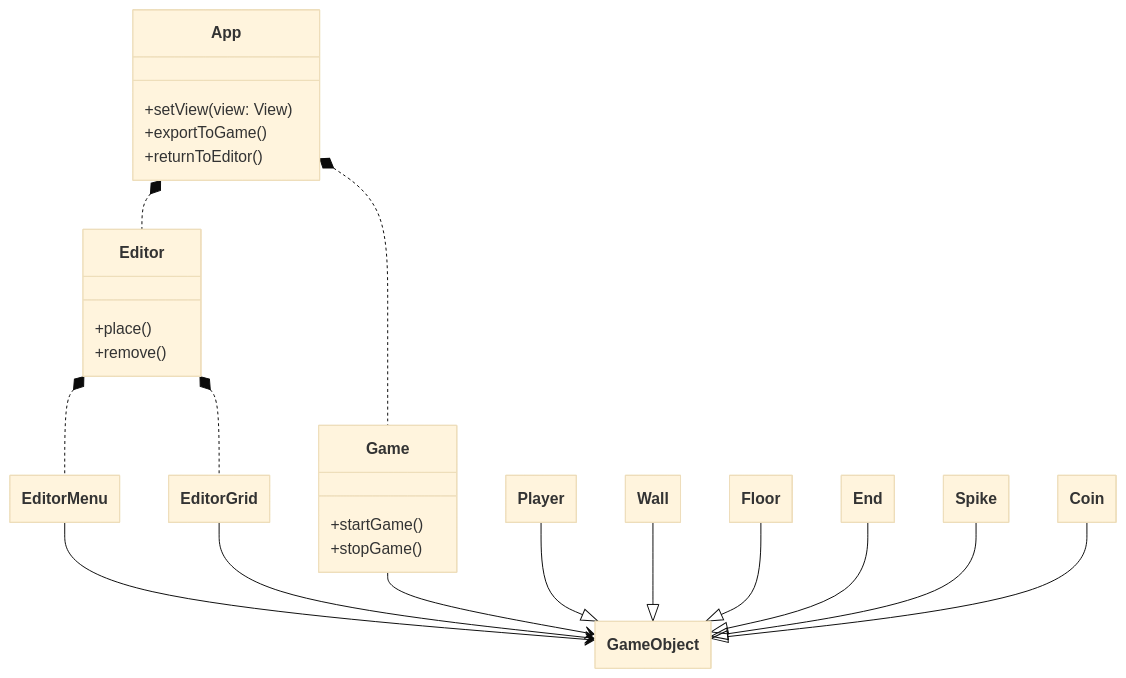
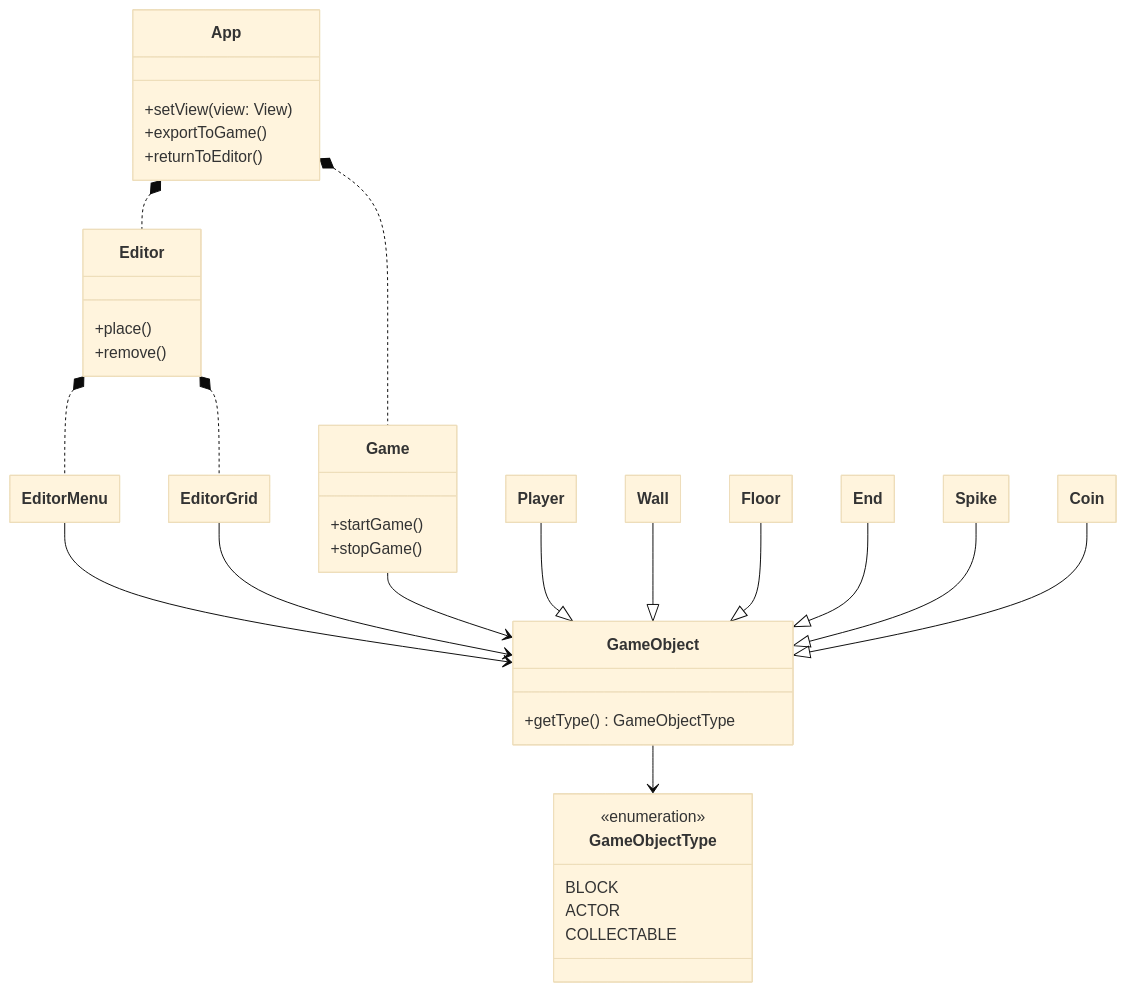
One commit to 4realgames/OOP24-arcaym changed the diagram in assets/uml/domain-model2.mmd. Above: the diagram before and after it, drawn with Mermaid (base theme).

Commit message:
added gameobject type

```diff
--- a/assets/uml/domain-model2.mmd
+++ b/assets/uml/domain-model2.mmd
@@ -1,39 +1,50 @@
 ---
   config:
     class:
       hideEmptyMembersBox: true
 ---
 
 classDiagram
     class App {
         +setView(view: View)
         +exportToGame()
         +returnToEditor()
     }
 
     App *.. Game
     App *.. Editor
 
     class Editor {
         +place()
         +remove()
     }
 
     class Game {
         +startGame()
         +stopGame()
     }
 
     Editor *.. EditorMenu
     Editor *.. EditorGrid
 
+    class GameObjectType {
+        <<enumeration>>
+        BLOCK
+        ACTOR
+        COLLECTABLE
+    }
+    class GameObject {
+        +getType() GameObjectType
+    }
+    GameObject --> GameObjectType
+
     EditorMenu --> GameObject
     EditorGrid --> GameObject
     Game --> GameObject
 
     Player --|> GameObject
     Wall --|> GameObject
     Floor --|> GameObject
     End --|> GameObject
     Spike --|> GameObject
     Coin --|> GameObject
```
